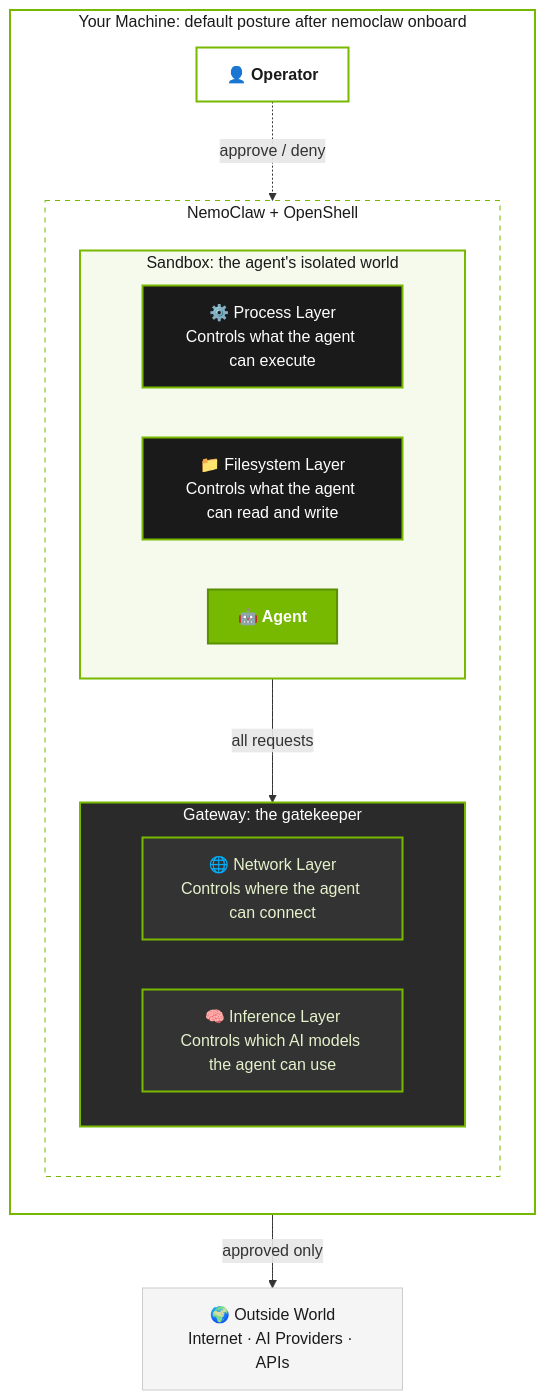
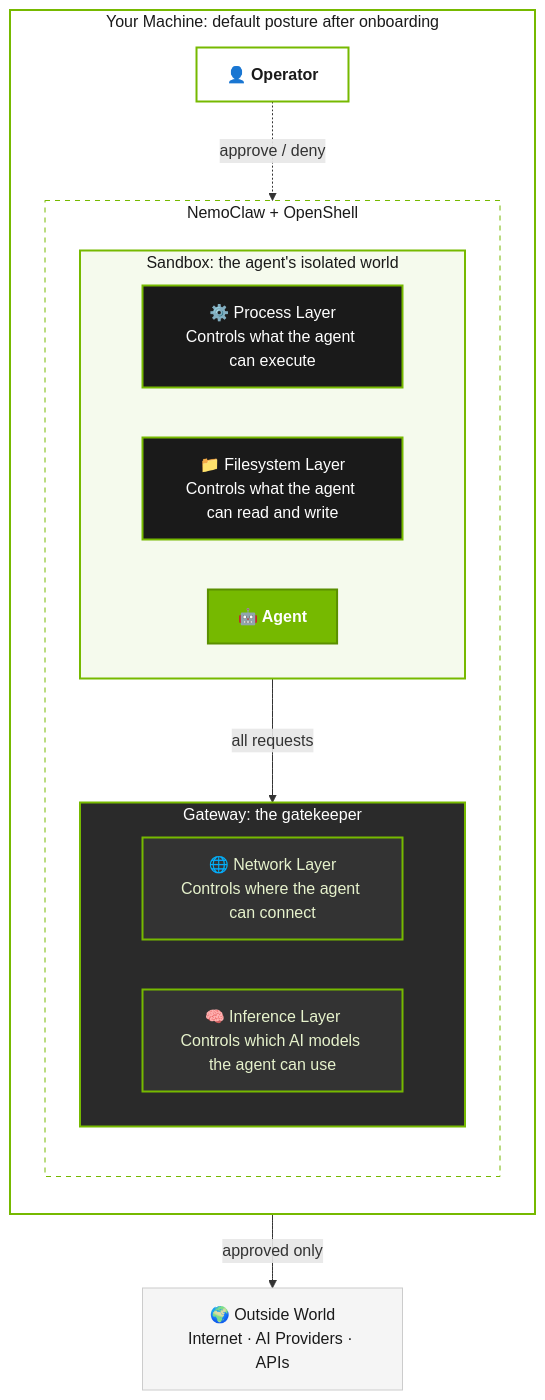
The diagram in docs/security/best-practices.mdx (NVIDIA/NemoClaw), drawn with Mermaid before and after one commit. The commit also changed other lines of this file and 34 other files, not shown here.

````diff
--- a/docs/security/best-practices.mdx
+++ b/docs/security/best-practices.mdx
@@ -33,48 +35,48 @@
 ```mermaid
 flowchart TB
-    subgraph HOST["Your Machine: default posture after nemoclaw onboard"]
+    subgraph HOST["Your Machine: default posture after onboarding"]
         direction TB
 
         YOU["👤 Operator"]
 
         subgraph NC["NemoClaw + OpenShell"]
             direction TB
 
             subgraph SB["Sandbox: the agent's isolated world"]
                 direction LR
                 PROC["⚙️ Process Layer<br/>Controls what the agent can execute"]
                 FS["📁 Filesystem Layer<br/>Controls what the agent can read and write"]
                 AGENT["🤖 Agent"]
             end
 
             subgraph GW["Gateway: the gatekeeper"]
                 direction LR
                 NET["🌐 Network Layer<br/>Controls where the agent can connect"]
                 INF["🧠 Inference Layer<br/>Controls which AI models the agent can use"]
             end
         end
     end
 
     OUTSIDE["🌍 Outside World<br/>Internet · AI Providers · APIs"]
 
     AGENT -- "all requests" --> GW
     GW -- "approved only" --> OUTSIDE
     YOU -. "approve / deny" .-> GW
 
     classDef agent fill:#76b900,stroke:#5a8f00,color:#fff,stroke-width:2px,font-weight:bold
     classDef locked fill:#1a1a1a,stroke:#76b900,color:#fff,stroke-width:2px
     classDef hot fill:#333,stroke:#76b900,color:#e6f2cc,stroke-width:2px
     classDef external fill:#f5f5f5,stroke:#ccc,color:#1a1a1a,stroke-width:1px
     classDef operator fill:#fff,stroke:#76b900,color:#1a1a1a,stroke-width:2px,font-weight:bold
 
     class AGENT agent
     class PROC,FS locked
     class NET,INF hot
     class OUTSIDE external
     class YOU operator
 
     style HOST fill:none,stroke:#76b900,stroke-width:2px,color:#1a1a1a
     style NC fill:none,stroke:#76b900,stroke-width:1px,stroke-dasharray:5 5,color:#1a1a1a
     style SB fill:#f5faed,stroke:#76b900,stroke-width:2px,color:#1a1a1a
     style GW fill:#2a2a2a,stroke:#76b900,stroke-width:2px,color:#fff
 ```
````
